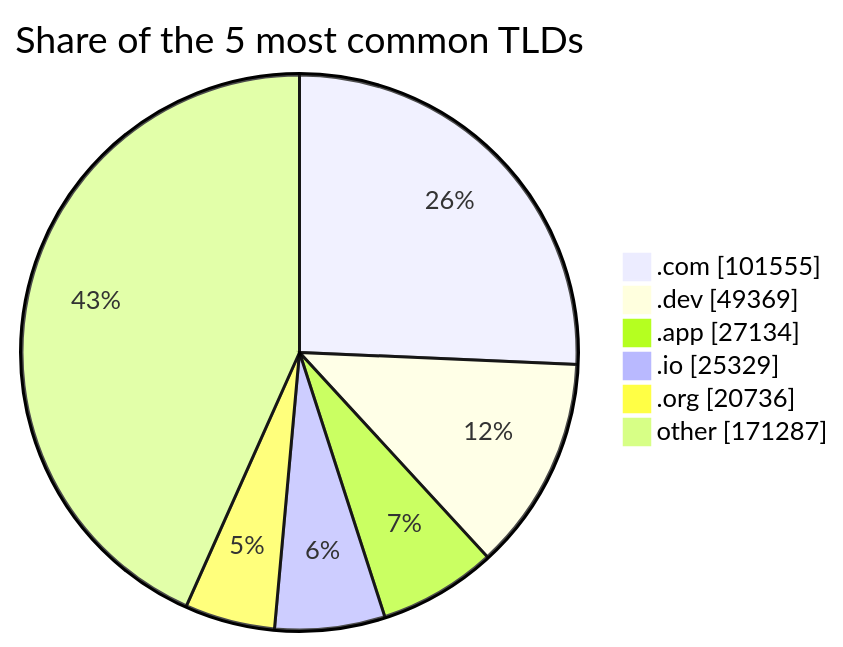
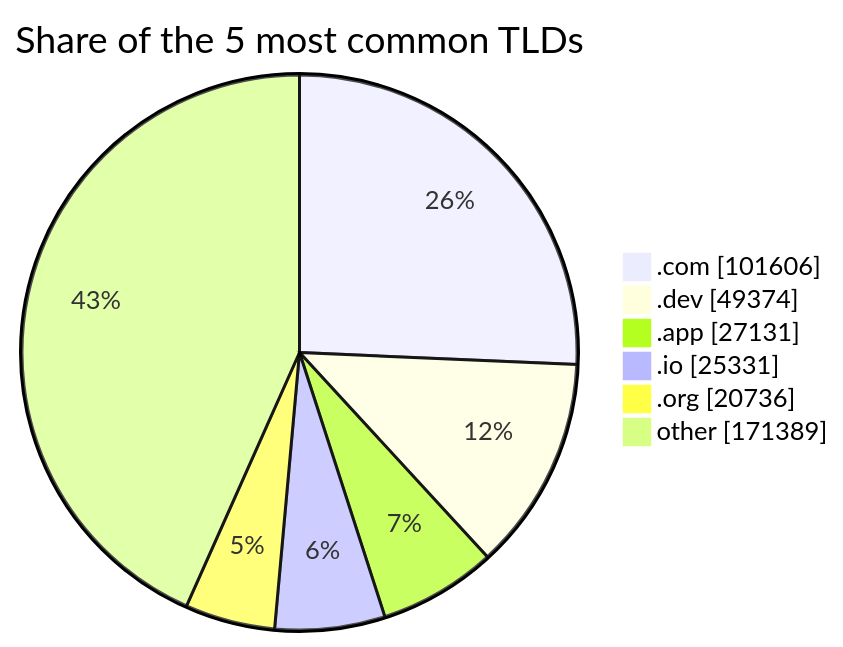
One commit to DNSBunker/CTI changed the third of 3 diagrams in README.md. Above: the diagram before and after it, drawn with Mermaid. The commit also changed other lines of this file and 3 other files, not shown here.

````diff
--- a/README.md
+++ b/README.md
@@ -81,9 +81,9 @@
 ```mermaid
 pie showData title Share of the 5 most common TLDs
-    ".com" : 101555
-    ".dev" : 49369
-    ".app" : 27134
-    ".io" : 25329
+    ".com" : 101606
+    ".dev" : 49374
+    ".app" : 27131
+    ".io" : 25331
     ".org" : 20736
-    "other" : 171287
+    "other" : 171389
 ```
````
